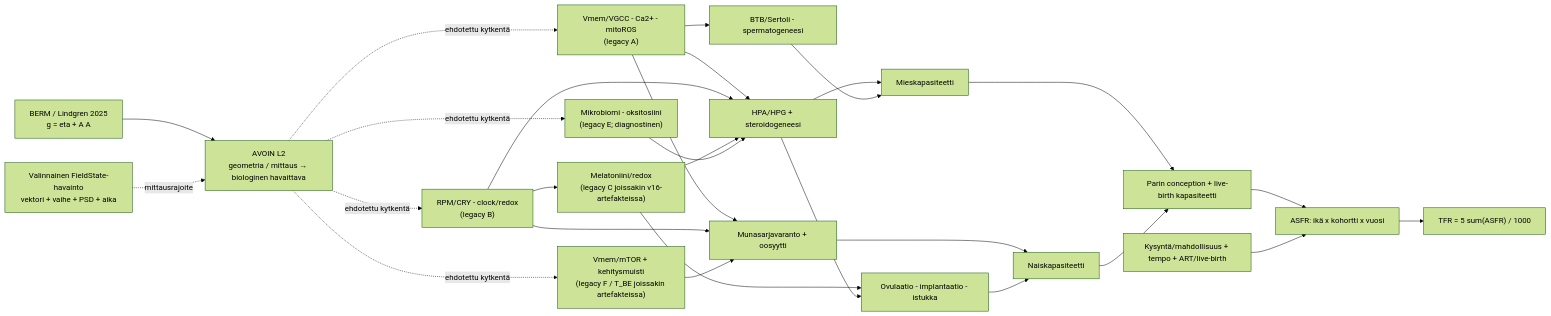
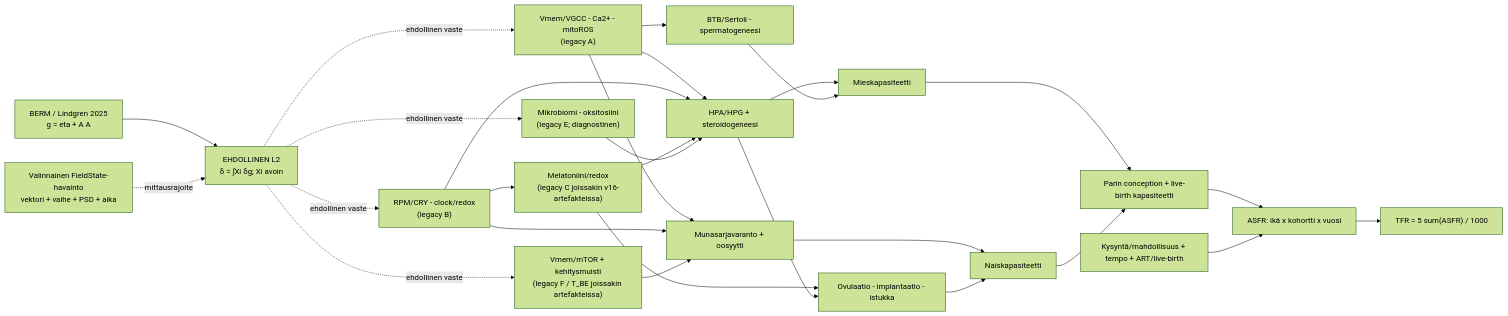
The diagram in berm/docs/fieldstate-asfr-v2.md (joetuotto/extinctionfield), drawn with Mermaid (forest theme) before and after one commit. The commit also changed other lines of this file and 72 other files, not shown here.

````diff
--- a/berm/docs/fieldstate-asfr-v2.md
+++ b/berm/docs/fieldstate-asfr-v2.md
@@ -33,47 +33,47 @@
 ```mermaid
 flowchart LR
   G["BERM / Lindgren 2025\ng = eta + A A"]
   FS["Valinnainen FieldState-havainto\nvektori + vaihe + PSD + aika"]
-  L["AVOIN L2\ngeometria / mittaus → biologinen havaittava"]
+  L["EHDOLLINEN L2\nδ<O> = ∫Xi δg; Xi avoin"]
   A["Vmem/VGCC - Ca2+ - mitoROS\n(legacy A)"]
   B["RPM/CRY - clock/redox\n(legacy B)"]
   R["Melatoniini/redox\n(legacy C joissakin v16-artefakteissa)"]
   V["Vmem/mTOR + kehitysmuisti\n(legacy F / T_BE joissakin artefakteissa)"]
   X["Mikrobiomi - oksitosiini\n(legacy E; diagnostinen)"]
   H["HPA/HPG + steroidogeneesi"]
   BTB["BTB/Sertoli - spermatogeneesi"]
   O["Munasarjavaranto + oosyytti"]
   I["Ovulaatio - implantaatio - istukka"]
   M["Mieskapasiteetti"]
   F["Naiskapasiteetti"]
   C["Parin conception + live-birth kapasiteetti"]
   ASFR["ASFR: ikä x kohortti x vuosi"]
   TFR["TFR = 5 sum(ASFR) / 1000"]
   DU["Kysyntä/mahdollisuus + tempo + ART/live-birth"]
   G --> L
   FS -. mittausrajoite .-> L
-  L -. ehdotettu kytkentä .-> A
-  L -. ehdotettu kytkentä .-> B
-  L -. ehdotettu kytkentä .-> V
-  L -. ehdotettu kytkentä .-> X
+  L -. ehdollinen vaste .-> A
+  L -. ehdollinen vaste .-> B
+  L -. ehdollinen vaste .-> V
+  L -. ehdollinen vaste .-> X
   B --> R
   A --> BTB
   A --> O
   A --> H
   B --> H
   B --> O
   R --> H
   R --> I
   V --> O
   X --> H
   H --> M
   H --> I
   BTB --> M
   O --> F
   I --> F
   M --> C
   F --> C
   C --> ASFR
   DU --> ASFR
   ASFR --> TFR
 ```
````
